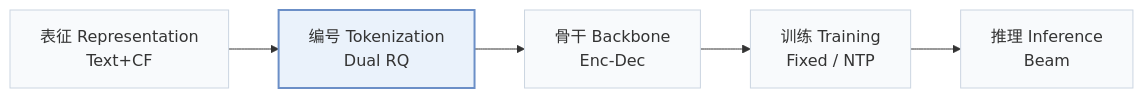
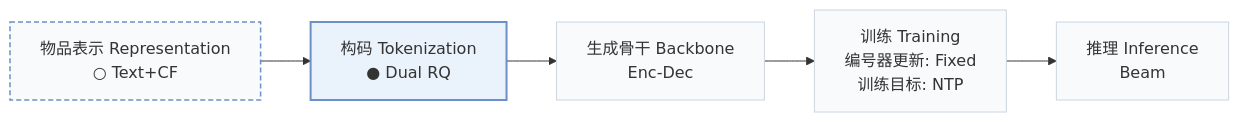
One commit to Galaxy-ghost/Awesome-SID-Generative-Rec changed the first of 2 diagrams in pages/zh/papers/das.md. Above: the diagram before and after it, drawn with Mermaid. The commit also changed other lines of this file and 558 other files, not shown here.

````diff
--- a/pages/zh/papers/das.md
+++ b/pages/zh/papers/das.md
@@ -15,8 +18,10 @@
 ```mermaid
 flowchart LR
-    R["表征 Representation<br/>Text+CF"] --> T["编号 Tokenization<br/>Dual RQ"] --> B["骨干 Backbone<br/>Enc-Dec"] --> TR["训练 Training<br/>Fixed / NTP"] --> I["推理 Inference<br/>Beam"]
+    R["物品表示 Representation<br/>○ Text+CF"] --> T["构码 Tokenization<br/>● Dual RQ"] --> B["生成骨干 Backbone<br/>Enc-Dec"] --> TR["训练 Training<br/>编号器更新: Fixed<br/>训练目标: NTP"] --> I["推理 Inference<br/>Beam"]
     classDef base fill:#f8fafc,stroke:#cbd5e1
     class R,T,B,TR,I base
+    classDef other fill:#f8fafc,stroke:#6b8fc7,stroke-width:1.5px,stroke-dasharray:5 3
+    class R other
     classDef main fill:#eaf2fb,stroke:#6b8fc7,stroke-width:2px
     class T main
 ```
````
